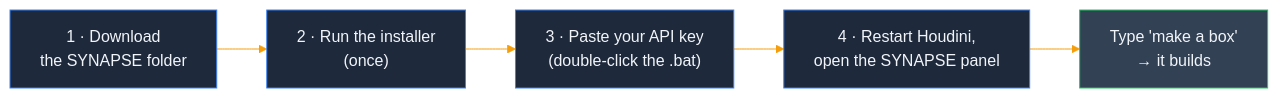
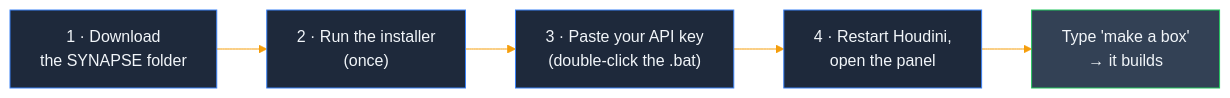
One commit to JosephOIbrahim/Synapse changed the second of 3 diagrams in README.md. Above: the diagram before and after it, drawn with Mermaid. The commit also changed other lines of this file and 2 other files, not shown here.

````diff
--- a/README.md
+++ b/README.md
@@ -202,10 +54,10 @@
 ```mermaid
 %%{init: {'theme':'base', 'themeVariables': {'primaryColor':'#1e293b','primaryTextColor':'#f1f5f9','primaryBorderColor':'#0f172a','lineColor':'#f59e0b','secondaryColor':'#334155','tertiaryColor':'#475569'}}}%%
 flowchart LR
-    DL["1 &middot; Download<br/>the SYNAPSE folder"]:::step --> REG["2 &middot; Run the installer<br/>(once)"]:::step
-    REG --> KEY["3 &middot; Paste your API key<br/>(double-click the .bat)"]:::step
-    KEY --> OPEN["4 &middot; Restart Houdini,<br/>open the SYNAPSE panel"]:::step
-    OPEN --> CHAT["Type 'make a box'<br/>&rarr; it builds"]:::done
+    DL["1 · Download<br/>the SYNAPSE folder"]:::step --> REG["2 · Run the installer<br/>(once)"]:::step
+    REG --> KEY["3 · Paste your API key<br/>(double-click the .bat)"]:::step
+    KEY --> OPEN["4 · Restart Houdini,<br/>open the panel"]:::step
+    OPEN --> CHAT["Type 'make a box'<br/>→ it builds"]:::done
     classDef step fill:#1e293b,stroke:#3b82f6,color:#f1f5f9
     classDef done fill:#334155,stroke:#22c55e,color:#f1f5f9
 ```
````
